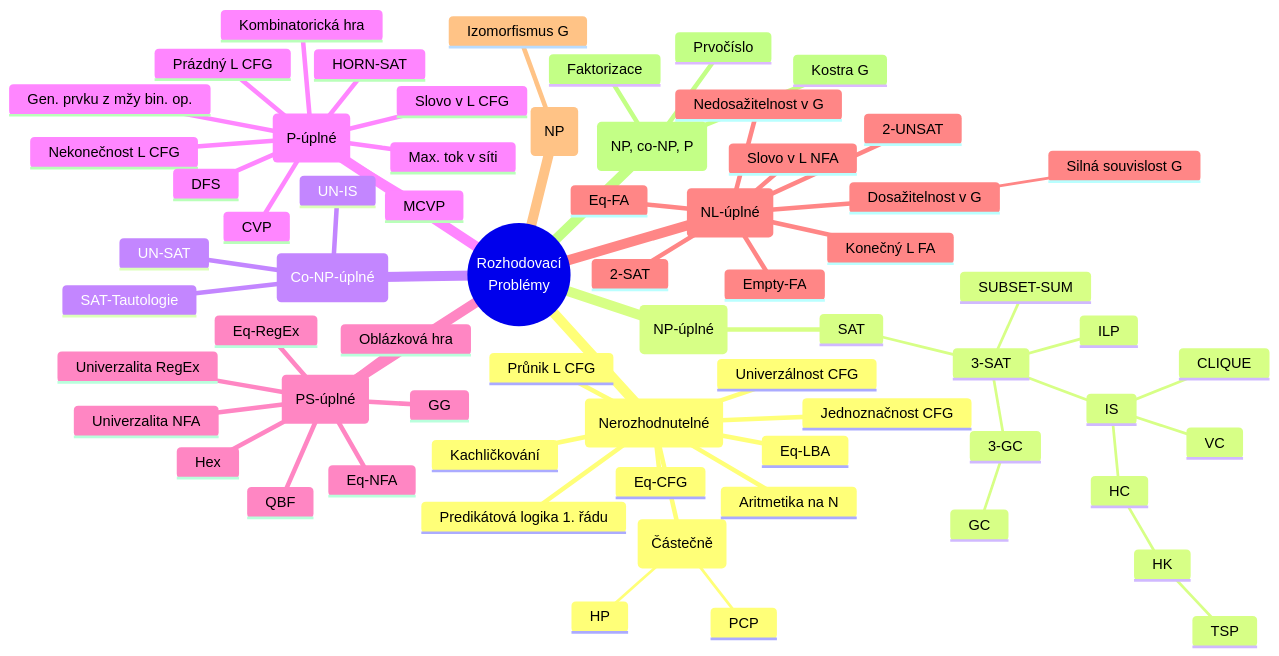
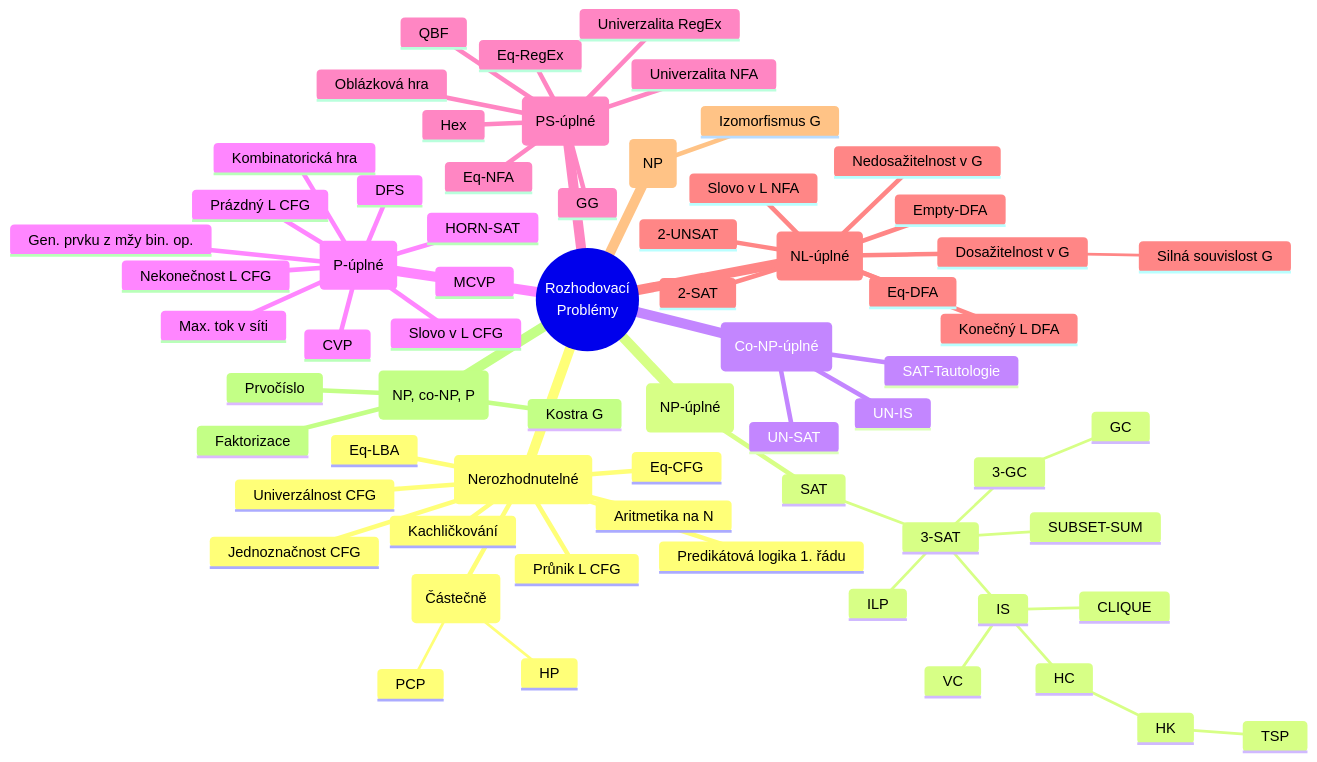
The third of 3 diagrams in src/ti/ti.md (matejfric/mdbook), drawn with Mermaid before and after one commit. The commit also changed other lines of this file, not shown here.

````diff
--- a/src/ti/ti.md
+++ b/src/ti/ti.md
@@ -1768,71 +1759,70 @@
 ```mermaid
     mindmap
       root(("`Rozhodovací
       Problémy`"))
         (Nerozhodnutelné)
           (Částečně)
             HP
             PCP
           Eq-CFG
           Eq-LBA
           Kachličkování
           Univerzálnost CFG
           Průnik L CFG
           Jednoznačnost CFG
           Predikátová logika 1. řádu
           Aritmetika na N
         (NP-úplné)
           SAT
             3-SAT
               ILP
               3-GC
                 GC
               SUBSET-SUM
               IS
                 HC
                   HK
                     TSP
                 VC
                 CLIQUE
         (Co-NP-úplné)
           SAT-Tautologie
           UN-SAT
           UN-IS
         (P-úplné)
           CVP
           MCVP
           HORN-SAT
           Kombinatorická hra
           Slovo v L CFG
           Prázdný L CFG
           Nekonečnost L CFG
           Gen. prvku z mžy bin. op.
           Max. tok v síti
           DFS
         (PS-úplné)
           QBF
           Oblázková hra
           GG
           Hex
           Eq-NFA
           Eq-RegEx
           Univerzalita NFA
           Univerzalita RegEx
-        %% NL=co-NL
         (NL-úplné)
           2-SAT
           2-UNSAT
           Dosažitelnost v G
             Silná souvislost G
           Nedosažitelnost v G
           Slovo v L NFA
-          Empty-FA
-          Eq-FA
-          Konečný L FA
+          Empty-DFA
+          Eq-DFA
+          Konečný L DFA
         (NP)
           Izomorfismus G
         (NP, co-NP, P)
           Prvočíslo
           Faktorizace
           Kostra G
 ```
````
